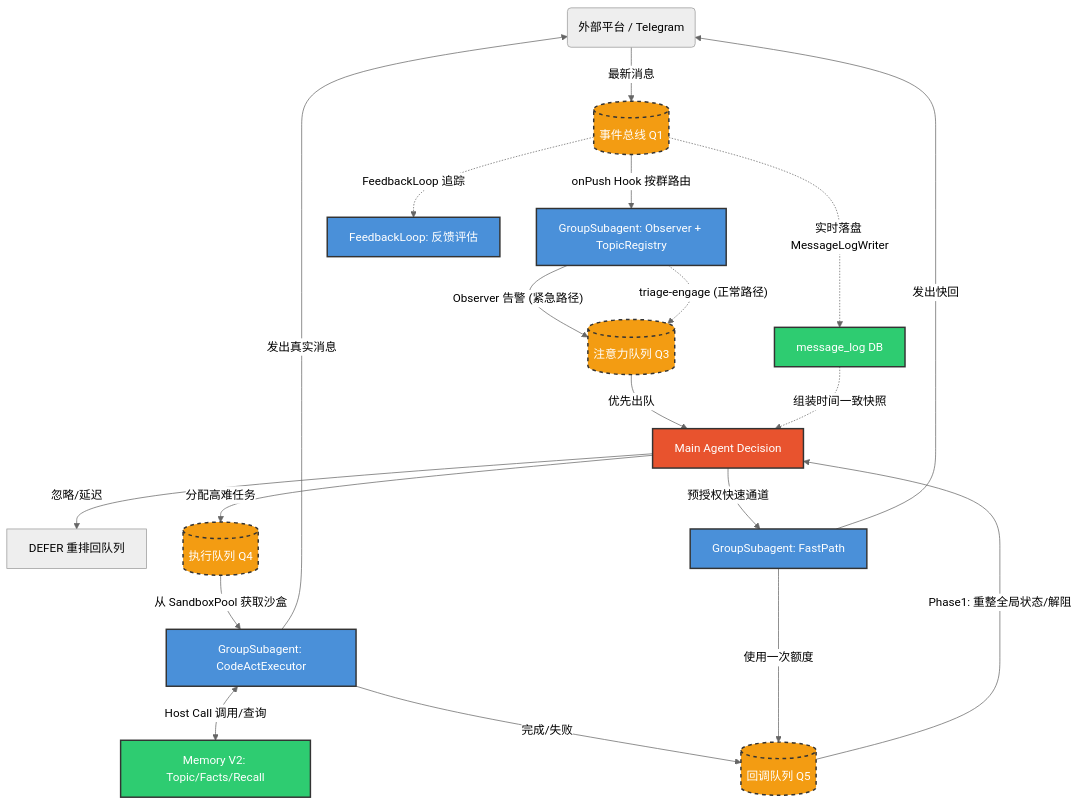
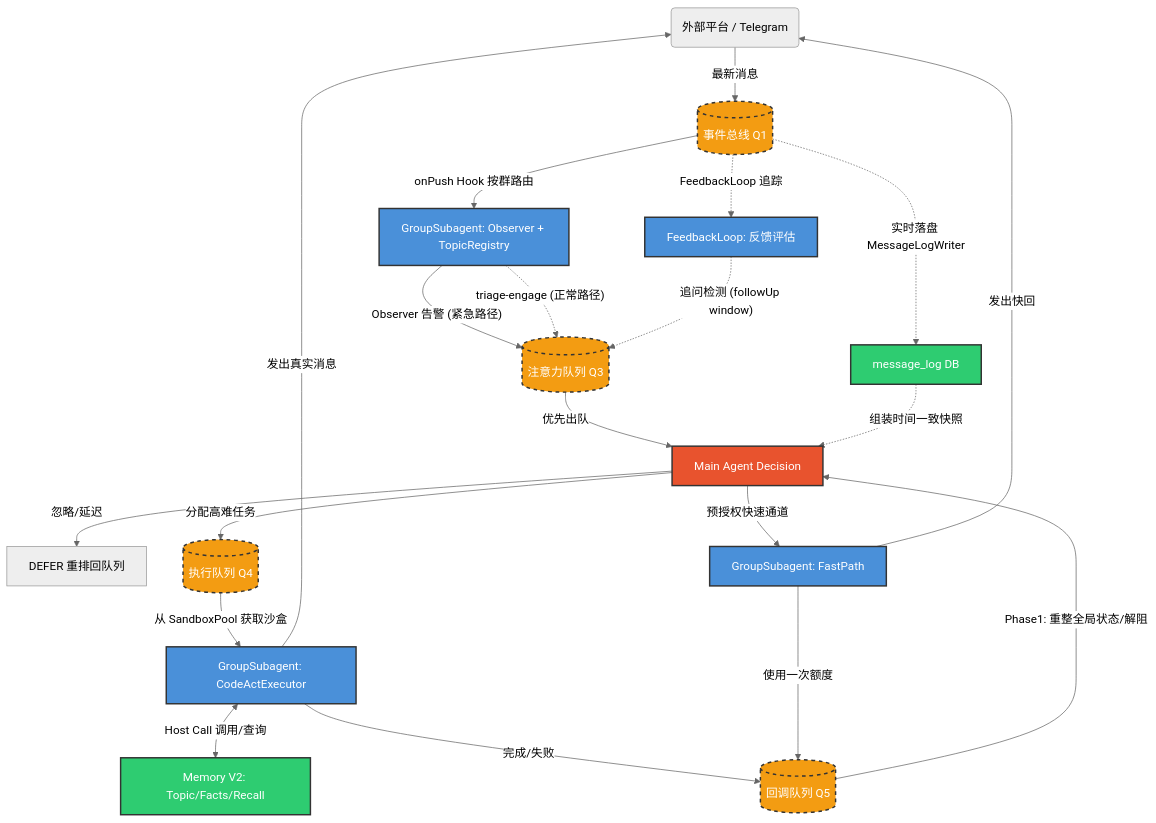
Before and after one commit to mitang-tal/CyberGroupmate: the third of 3 diagrams in docs/architecture_v2.md, drawn with Mermaid (neutral theme). The commit also changed other lines of this file and 2 other files, not shown here.

First line of the commit message:
feat: FeedbackLoop 追问检测 → Q3 入队 (architecture_v2 §3 路径5)

````diff
--- a/docs/architecture_v2.md
+++ b/docs/architecture_v2.md
@@ -124,35 +124,36 @@
 ```mermaid
 graph TD
     classDef mainfill fill:#e8532e,stroke:#333,stroke-width:2px,color:#fff;
     classDef subfill fill:#4a90d9,stroke:#333,stroke-width:2px,color:#fff;
     classDef memfill fill:#2ecc71,stroke:#333,stroke-width:2px,color:#fff;
     classDef qfill fill:#f39c12,stroke:#333,stroke-width:2px,color:#fff,stroke-dasharray: 5 5;
 
     PA(外部平台 / Telegram) -->|最新消息| NC[(事件总线 Q1)]:::qfill
     NC -.->|实时落盘 MessageLogWriter| ML[message_log DB]:::memfill
     
     NC -->|onPush Hook 按群路由| OBS[GroupSubagent: Observer + TopicRegistry]:::subfill
     
     OBS -->|"Observer 告警 (紧急路径)"| MQ3[(注意力队列 Q3)]:::qfill
     OBS -.->|"triage-engage (正常路径)"| MQ3
     
     MQ3 -->|优先出队| MA[Main Agent Decision]:::mainfill
     ML -.->|组装时间一致快照| MA
     
     MA -->|忽略/延迟| Q3[DEFER 重排回队列]
     MA -->|分配高难任务| MQ4[(执行队列 Q4)]:::qfill
     MA -->|预授权快速通道| FH[GroupSubagent: FastPath]:::subfill
     
     MQ4 -->|从 SandboxPool 获取沙盒| CAE[GroupSubagent: CodeActExecutor]:::subfill
     
     CAE <-->|Host Call 调用/查询| MEM[Memory V2: Topic/Facts/Recall]:::memfill
     CAE -->|发出真实消息| PA
     FH -->|发出快回| PA
     
     CAE -->|完成/失败| MQ5[(回调队列 Q5)]:::qfill
     FH -->|使用一次额度| MQ5
     
     MQ5 -->|Phase1: 重整全局状态/解阻| MA
 
     NC -.->|FeedbackLoop 追踪| FL[FeedbackLoop: 反馈评估]:::subfill
+    FL -.->|"追问检测 (followUp window)"| MQ3
 ```
````
